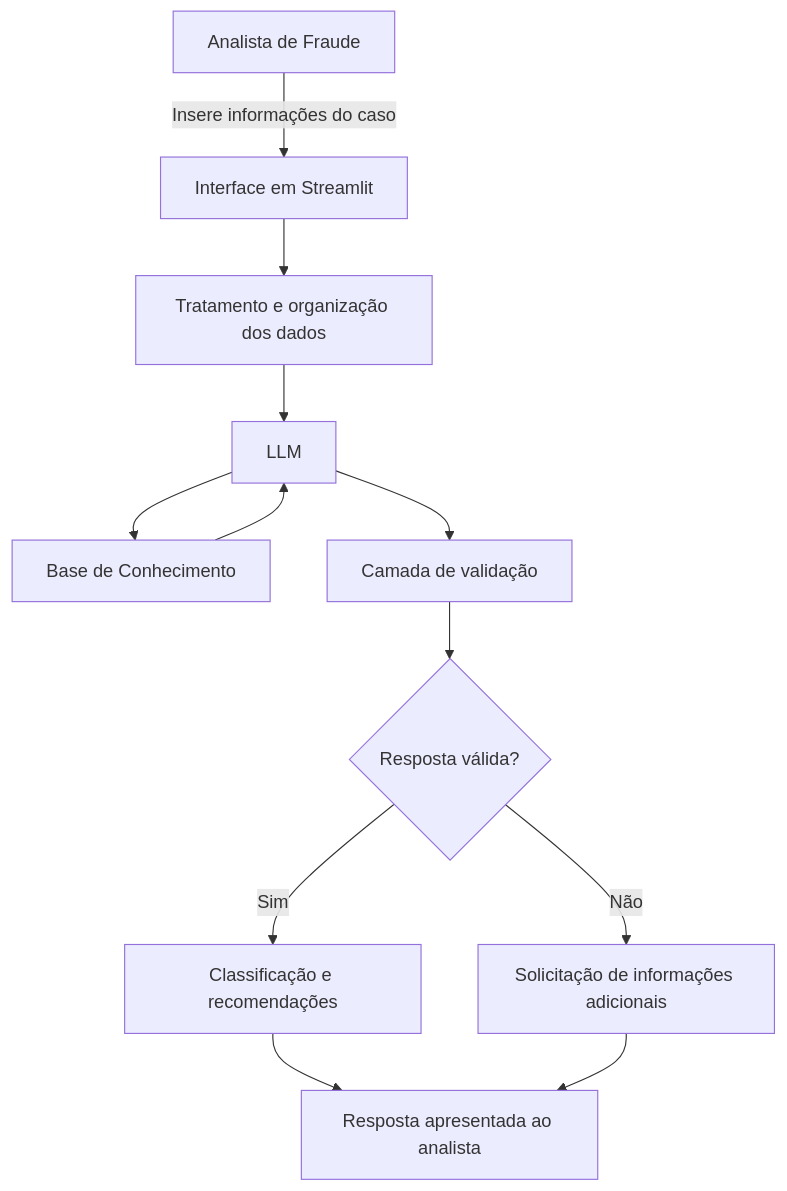
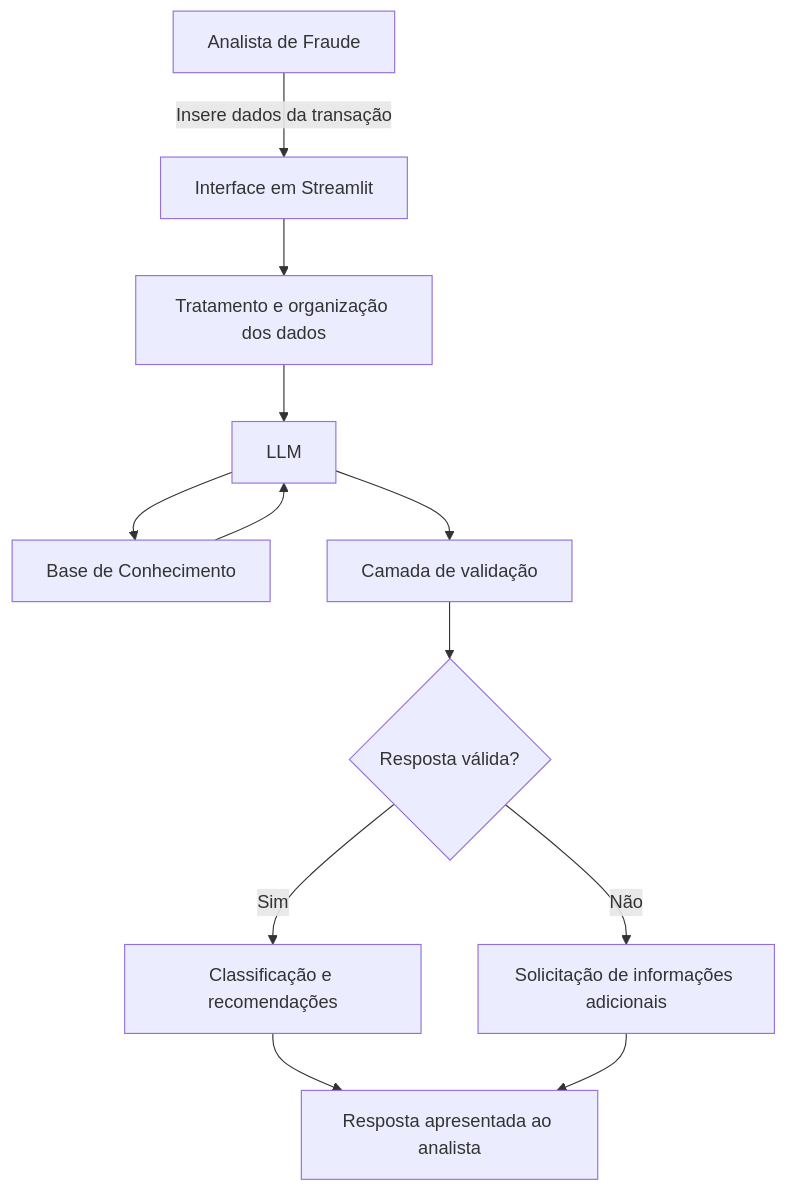
The diagram in docs/01-documentacao-agente.md (Moacyrsouzab/ai-anti-fraud-analyst), drawn with Mermaid before and after one commit. The commit also changed other lines of this file, not shown here.

````diff
--- a/docs/01-documentacao-agente.md
+++ b/docs/01-documentacao-agente.md
@@ -104,14 +126,14 @@
 ```mermaid
 flowchart TD
-    A[Analista de Fraude] -->|Insere informações do caso| B[Interface em Streamlit]
+    A[Analista de Fraude] -->|Insere dados da transação| B[Interface em Streamlit]
     B --> C[Tratamento e organização dos dados]
     C --> D[LLM]
     D --> E[Base de Conhecimento]
     E --> D
     D --> F[Camada de validação]
     F --> G{Resposta válida?}
     G -->|Sim| H[Classificação e recomendações]
     G -->|Não| I[Solicitação de informações adicionais]
     H --> J[Resposta apresentada ao analista]
     I --> J
 ```
````
